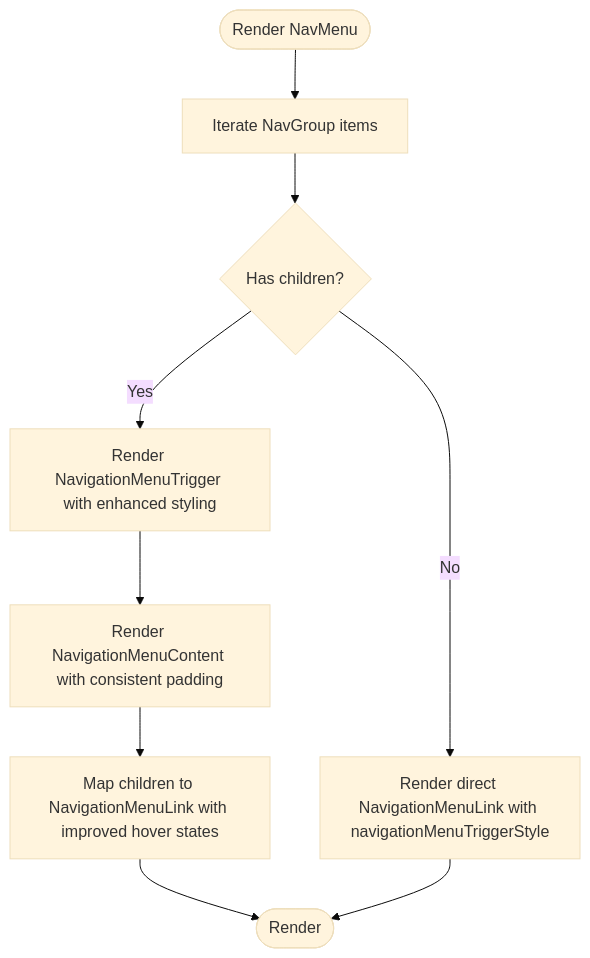
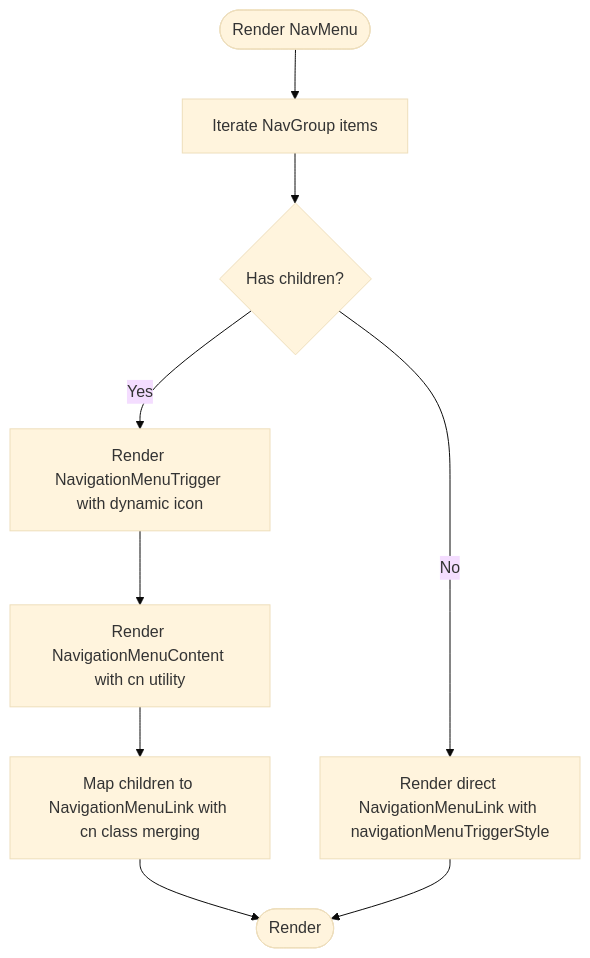
Before and after one commit to vincet0t15/template: the ninth of 12 diagrams in .qoder/repowiki/en/content/Frontend Components & UI/Navigation Components.md, drawn with Mermaid (base theme). The commit also changed other lines of this file and 8 other files, not shown here.

````diff
--- a/.qoder/repowiki/en/content/Frontend Components & UI/Navigation Components.md
+++ b/.qoder/repowiki/en/content/Frontend Components & UI/Navigation Components.md
@@ -356,11 +374,11 @@
 ```mermaid
 flowchart TD
 StartN(["Render NavMenu"]) --> Iterate["Iterate NavGroup items"]
 Iterate --> HasChildren{"Has children?"}
-HasChildren --> |Yes| Trigger["Render NavigationMenuTrigger with enhanced styling"]
-Trigger --> Content["Render NavigationMenuContent with consistent padding"]
-Content --> Children["Map children to NavigationMenuLink with improved hover states"]
+HasChildren --> |Yes| Trigger["Render NavigationMenuTrigger with dynamic icon"]
+Trigger --> Content["Render NavigationMenuContent with cn utility"]
+Content --> Children["Map children to NavigationMenuLink with cn class merging"]
 HasChildren --> |No| Direct["Render direct NavigationMenuLink with navigationMenuTriggerStyle"]
 Children --> EndN(["Render"])
 Direct --> EndN
 ```
````
